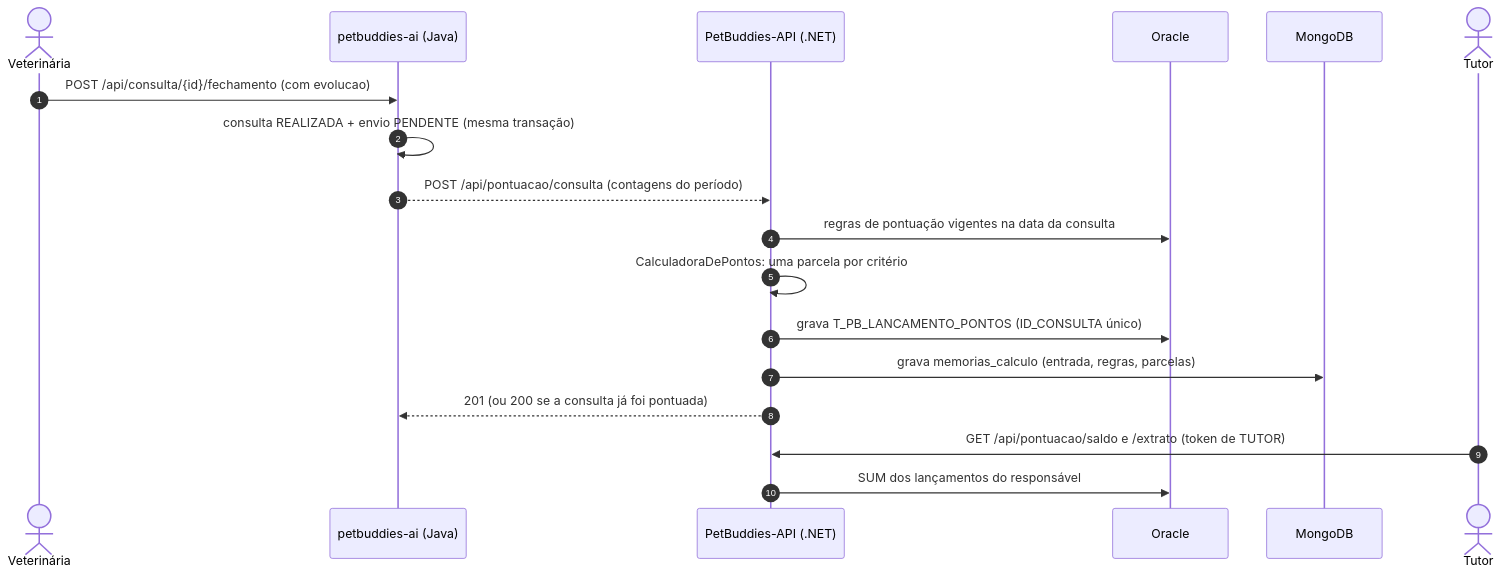
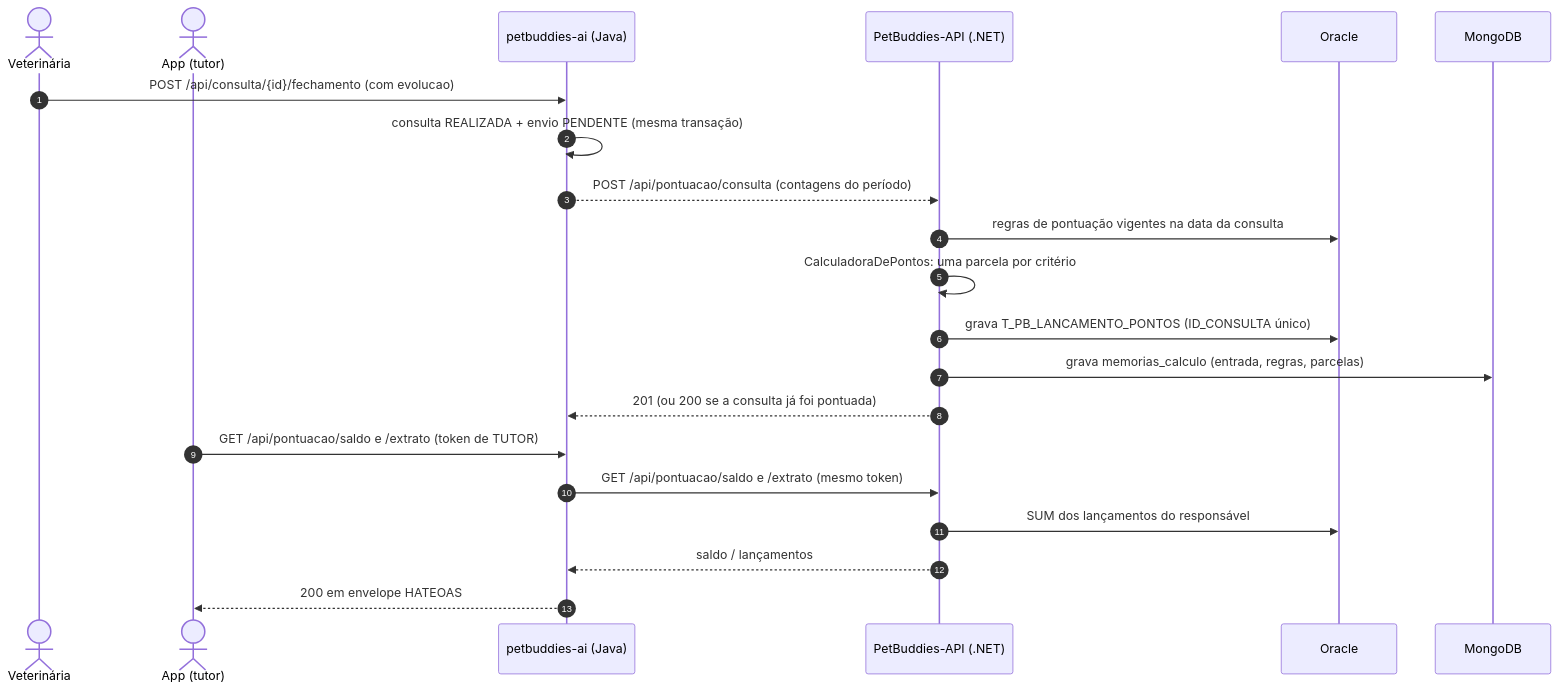
Before and after one commit to 3BugBuddies/PetBuddies-API: the diagram in README.md, drawn with Mermaid. The commit also changed other lines of this file, not shown here.

First line of the commit message:
docs: leituras de pontuação passam pelo Java

````diff
--- a/README.md
+++ b/README.md
@@ -240,21 +243,24 @@
 ```mermaid
 sequenceDiagram
     autonumber
     actor Vet as Veterinária
+    actor Tutor as App (tutor)
     participant Java as petbuddies-ai (Java)
     participant Net as PetBuddies-API (.NET)
     participant Ora as Oracle
     participant Mongo as MongoDB
-    actor Tutor
 
     Vet->>Java: POST /api/consulta/{id}/fechamento (com evolucao)
     Java->>Java: consulta REALIZADA + envio PENDENTE (mesma transação)
     Java-->>Net: POST /api/pontuacao/consulta (contagens do período)
     Net->>Ora: regras de pontuação vigentes na data da consulta
     Net->>Net: CalculadoraDePontos: uma parcela por critério
     Net->>Ora: grava T_PB_LANCAMENTO_PONTOS (ID_CONSULTA único)
     Net->>Mongo: grava memorias_calculo (entrada, regras, parcelas)
     Net-->>Java: 201 (ou 200 se a consulta já foi pontuada)
-    Tutor->>Net: GET /api/pontuacao/saldo e /extrato (token de TUTOR)
+    Tutor->>Java: GET /api/pontuacao/saldo e /extrato (token de TUTOR)
+    Java->>Net: GET /api/pontuacao/saldo e /extrato (mesmo token)
     Net->>Ora: SUM dos lançamentos do responsável
+    Net-->>Java: saldo / lançamentos
+    Java-->>Tutor: 200 em envelope HATEOAS
 ```
````
